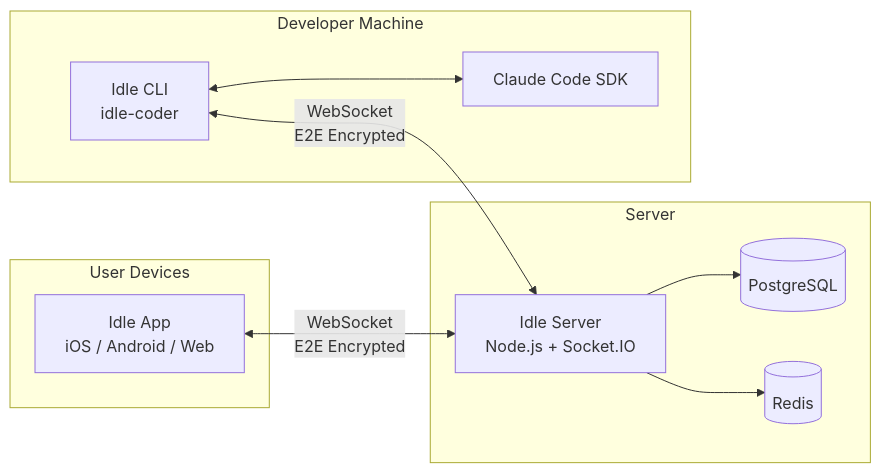
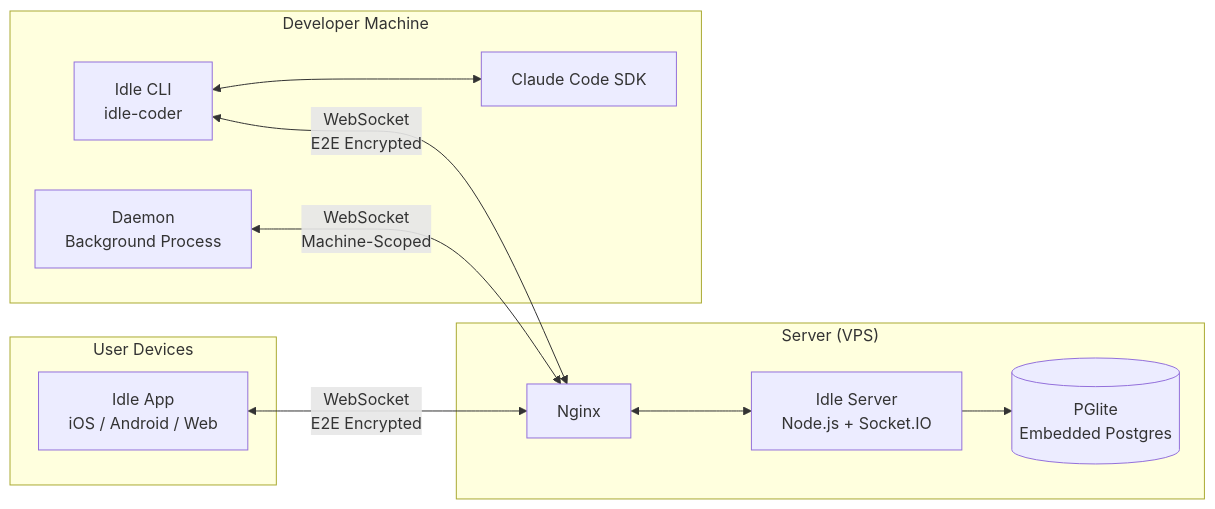
Before and after one commit to tomstetson/idle: the first of 2 diagrams in docs/ARCHITECTURE.md, drawn with Mermaid. The commit also changed other lines of this file and 4 other files, not shown here.

First line of the commit message:
docs: add architecture diagrams, security model, and alpha readiness plan

````diff
--- a/docs/ARCHITECTURE.md
+++ b/docs/ARCHITECTURE.md
@@ -5,23 +14,25 @@
 ```mermaid
 graph LR
-    subgraph User Devices
+    subgraph "User Devices"
         APP[Idle App<br/>iOS / Android / Web]
     end
 
-    subgraph Server
+    subgraph "Server (VPS)"
+        NGINX[Nginx]
         SRV[Idle Server<br/>Node.js + Socket.IO]
-        DB[(PostgreSQL)]
-        REDIS[(Redis)]
+        DB[(PGlite<br/>Embedded Postgres)]
     end
 
-    subgraph Developer Machine
+    subgraph "Developer Machine"
         CLI[Idle CLI<br/>idle-coder]
+        DAEMON[Daemon<br/>Background Process]
         CLAUDE[Claude Code SDK]
     end
 
-    APP <-->|WebSocket<br/>E2E Encrypted| SRV
-    CLI <-->|WebSocket<br/>E2E Encrypted| SRV
+    APP <-->|WebSocket<br/>E2E Encrypted| NGINX
+    CLI <-->|WebSocket<br/>E2E Encrypted| NGINX
+    DAEMON <-->|WebSocket<br/>Machine-Scoped| NGINX
+    NGINX <--> SRV
     CLI <--> CLAUDE
     SRV --> DB
-    SRV --> REDIS
 ```
````
